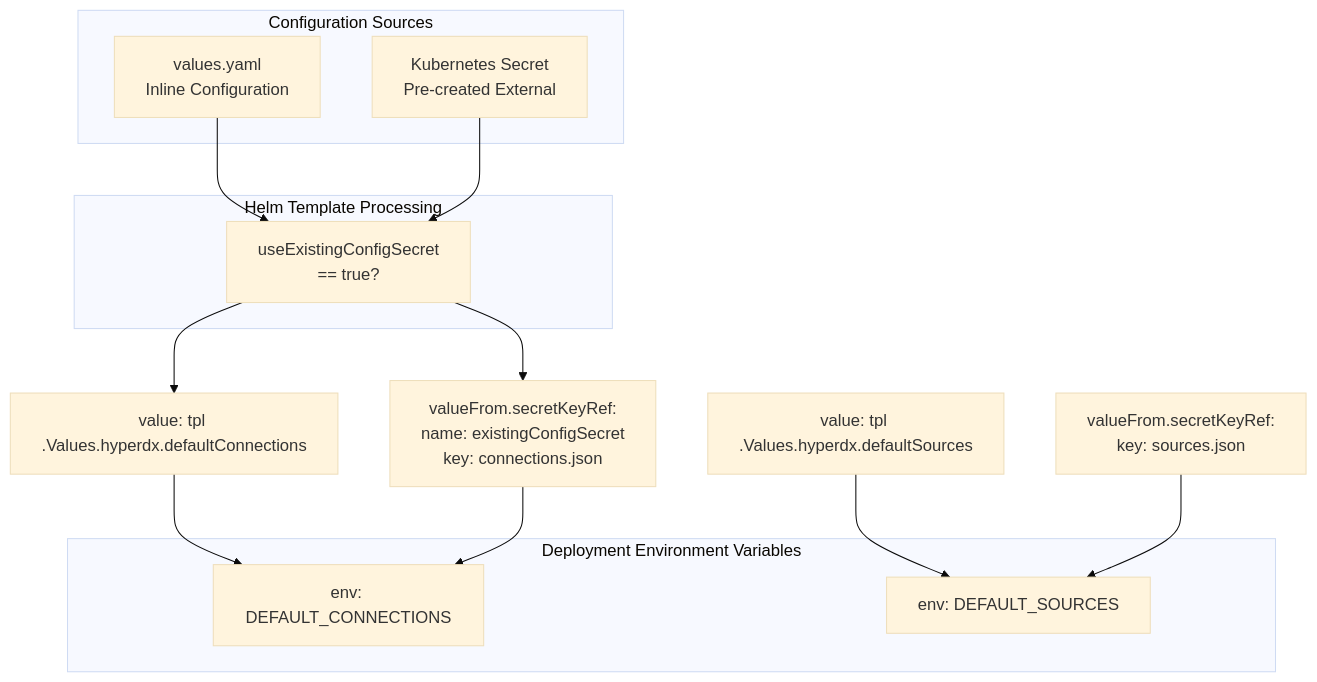
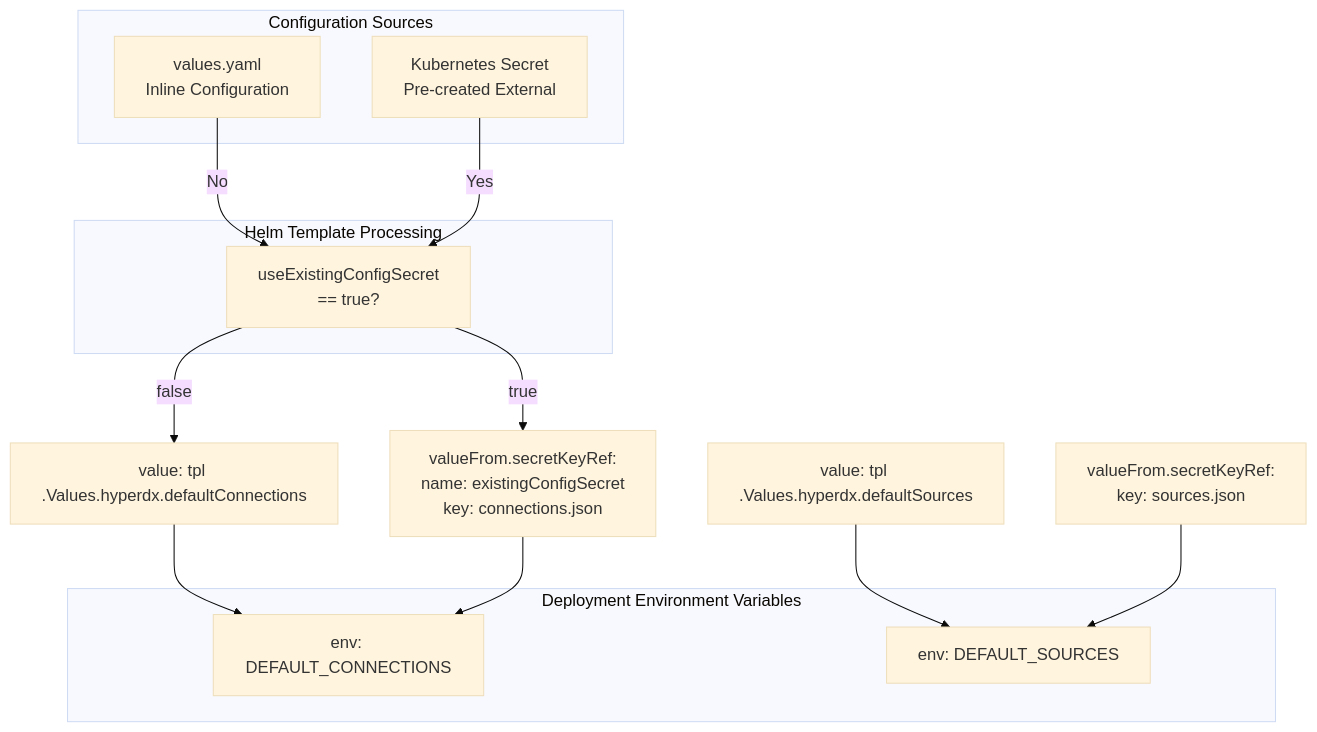
The third of 5 diagrams in docs/hyperdxio-helm-charts-docs/Security-Configuration.md (openchoreo/openchoreo), drawn with Mermaid (base theme) before and after one commit. The commit also changed other lines of this file and 85 other files, not shown here.

Commit message:
feat: Add new workflow and specification templates, update Helm chart dependencies, and clarify documentation diagrams.

````diff
--- a/docs/hyperdxio-helm-charts-docs/Security-Configuration.md
+++ b/docs/hyperdxio-helm-charts-docs/Security-Configuration.md
@@ -119,36 +119,36 @@
 ```mermaid
 flowchart TD
 
 InlineValues["values.yaml<br>Inline Configuration"]
 ExternalSecret["Kubernetes Secret<br>Pre-created External"]
 Condition["useExistingConfigSecret<br>== true?"]
 DefaultConnectionsEnv["env: DEFAULT_CONNECTIONS"]
 DefaultSourcesEnv["env: DEFAULT_SOURCES"]
 InlineValue["value: tpl .Values.hyperdx.defaultConnections"]
 SecretKeyRef["valueFrom.secretKeyRef:<br>name: existingConfigSecret<br>key: connections.json"]
 InlineValue2["value: tpl .Values.hyperdx.defaultSources"]
 SecretKeyRef2["valueFrom.secretKeyRef:<br>key: sources.json"]
 
-InlineValues --> Condition
-ExternalSecret --> Condition
-Condition --> InlineValue
-Condition --> SecretKeyRef
+InlineValues -->|"No"| Condition
+ExternalSecret -->|"Yes"| Condition
+Condition -->|"false"| InlineValue
+Condition -->|"true"| SecretKeyRef
 InlineValue --> DefaultConnectionsEnv
 SecretKeyRef --> DefaultConnectionsEnv
 InlineValue2 --> DefaultSourcesEnv
 SecretKeyRef2 --> DefaultSourcesEnv
 
 subgraph subGraph2 ["Deployment Environment Variables"]
     DefaultConnectionsEnv
     DefaultSourcesEnv
 end
 
 subgraph subGraph1 ["Helm Template Processing"]
     Condition
 end
 
 subgraph subGraph0 ["Configuration Sources"]
     InlineValues
     ExternalSecret
 end
 ```
````
